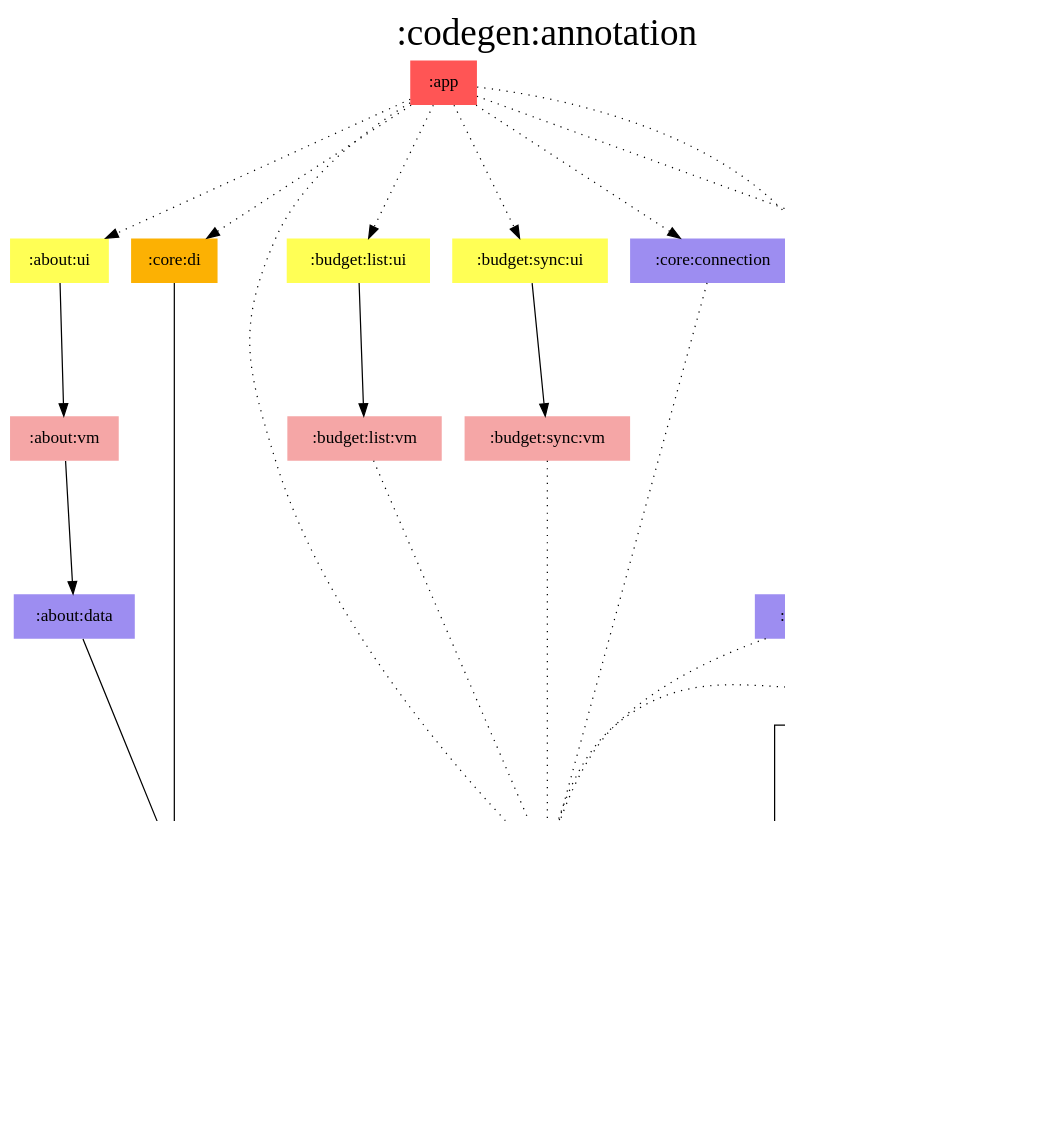
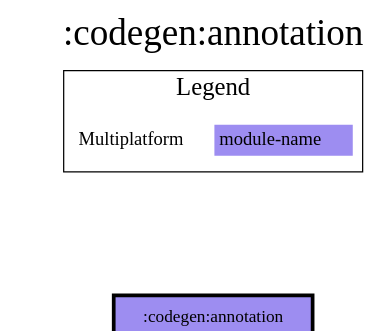
Before and after one commit to jonapoul/aktual: the diagram in modules/codegen/annotation/modules.dot, drawn with Graphviz. The commit also changed 73 other files, not shown here.

Commit message:
Remove upstream diagrams

```diff
--- a/modules/codegen/annotation/modules.dot
+++ b/modules/codegen/annotation/modules.dot
@@ -1,66 +1,20 @@
 digraph {
 edge ["dir"="forward"]
 graph ["dpi"="100","label"=":codegen:annotation","labelloc"="t","fontsize"="30","ranksep"="1.5","rankdir"="TB"]
 node ["style"="filled"]
-":about:data" ["fillcolor"="#9D8DF1","shape"="none"]
-":about:ui" ["fillcolor"="#FFFF55","shape"="none"]
-":about:vm" ["fillcolor"="#F5A6A6","shape"="none"]
-":account:domain" ["fillcolor"="#9D8DF1","shape"="none"]
-":account:ui" ["fillcolor"="#FFFF55","shape"="none"]
-":account:vm" ["fillcolor"="#F5A6A6","shape"="none"]
-":api:actual" ["fillcolor"="#9D8DF1","shape"="none"]
-":api:github" ["fillcolor"="#9D8DF1","shape"="none"]
-":app" ["fillcolor"="#FF5555","shape"="none"]
-":budget:list:ui" ["fillcolor"="#FFFF55","shape"="none"]
-":budget:list:vm" ["fillcolor"="#F5A6A6","shape"="none"]
-":budget:sync:ui" ["fillcolor"="#FFFF55","shape"="none"]
-":budget:sync:vm" ["fillcolor"="#F5A6A6","shape"="none"]
 ":codegen:annotation" ["fillcolor"="#9D8DF1","color"="black","penwidth"="3","shape"="box"]
-":codegen:ksp" ["fillcolor"="#8000FF","shape"="none"]
-":core:connection" ["fillcolor"="#9D8DF1","shape"="none"]
-":core:di" ["fillcolor"="#FCB103","shape"="none"]
 {
 edge ["dir"="none"]
 graph ["rank"="same"]
 ":codegen:annotation"
 }
-":about:data" -> ":api:github"
-":about:ui" -> ":about:vm"
-":about:vm" -> ":about:data"
-":account:domain" -> ":api:actual" ["style"="dotted"]
-":account:ui" -> ":account:domain" ["style"="dotted"]
-":account:ui" -> ":account:vm"
-":account:vm" -> ":account:domain"
-":account:vm" -> ":api:actual" ["style"="dotted"]
-":api:actual" -> ":codegen:annotation" ["style"="dotted"]
-":api:github" -> ":codegen:annotation" ["style"="dotted"]
-":app" -> ":about:ui" ["style"="dotted"]
-":app" -> ":account:domain" ["style"="dotted"]
-":app" -> ":account:ui" ["style"="dotted"]
-":app" -> ":api:actual" ["style"="dotted"]
-":app" -> ":budget:list:ui" ["style"="dotted"]
-":app" -> ":budget:sync:ui" ["style"="dotted"]
-":app" -> ":core:connection" ["style"="dotted"]
-":app" -> ":core:di" ["style"="dotted"]
-":budget:list:ui" -> ":budget:list:vm"
-":budget:list:vm" -> ":api:actual" ["style"="dotted"]
-":budget:sync:ui" -> ":budget:sync:vm"
-":budget:sync:vm" -> ":api:actual" ["style"="dotted"]
-":codegen:ksp" -> ":codegen:annotation" ["style"="dotted"]
-":core:connection" -> ":api:actual" ["style"="dotted"]
-":core:di" -> ":api:github"
 subgraph "cluster_legend" {
 edge ["dir"="none"]
 graph ["label"="Legend","fontsize"="20"]
 "Legend" ["style"="filled","fillcolor"="#FFFFFF","shape"="none","margin"="0","fontsize"="15","label"=<
 <TABLE BORDER="0" CELLBORDER="0" CELLSPACING="0" CELLPADDING="4">
-<TR><TD>App</TD><TD BGCOLOR="#FF5555">module-name</TD></TR>
-<TR><TD>ViewModel</TD><TD BGCOLOR="#F5A6A6">module-name</TD></TR>
-<TR><TD>Hilt</TD><TD BGCOLOR="#FCB103">module-name</TD></TR>
-<TR><TD>Compose</TD><TD BGCOLOR="#FFFF55">module-name</TD></TR>
 <TR><TD>Multiplatform</TD><TD BGCOLOR="#9D8DF1">module-name</TD></TR>
-<TR><TD>JVM</TD><TD BGCOLOR="#8000FF">module-name</TD></TR>
 </TABLE>
 >]
 } -> ":codegen:annotation" ["style"="invis"]
 }
```
